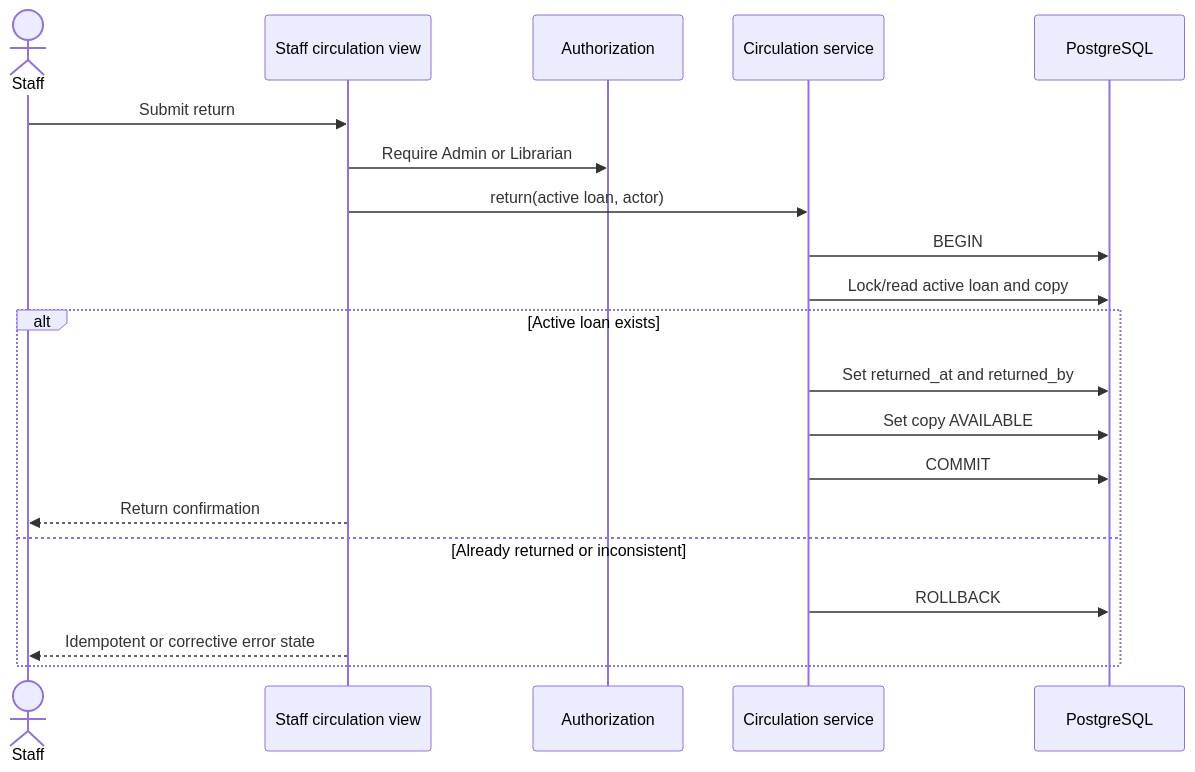
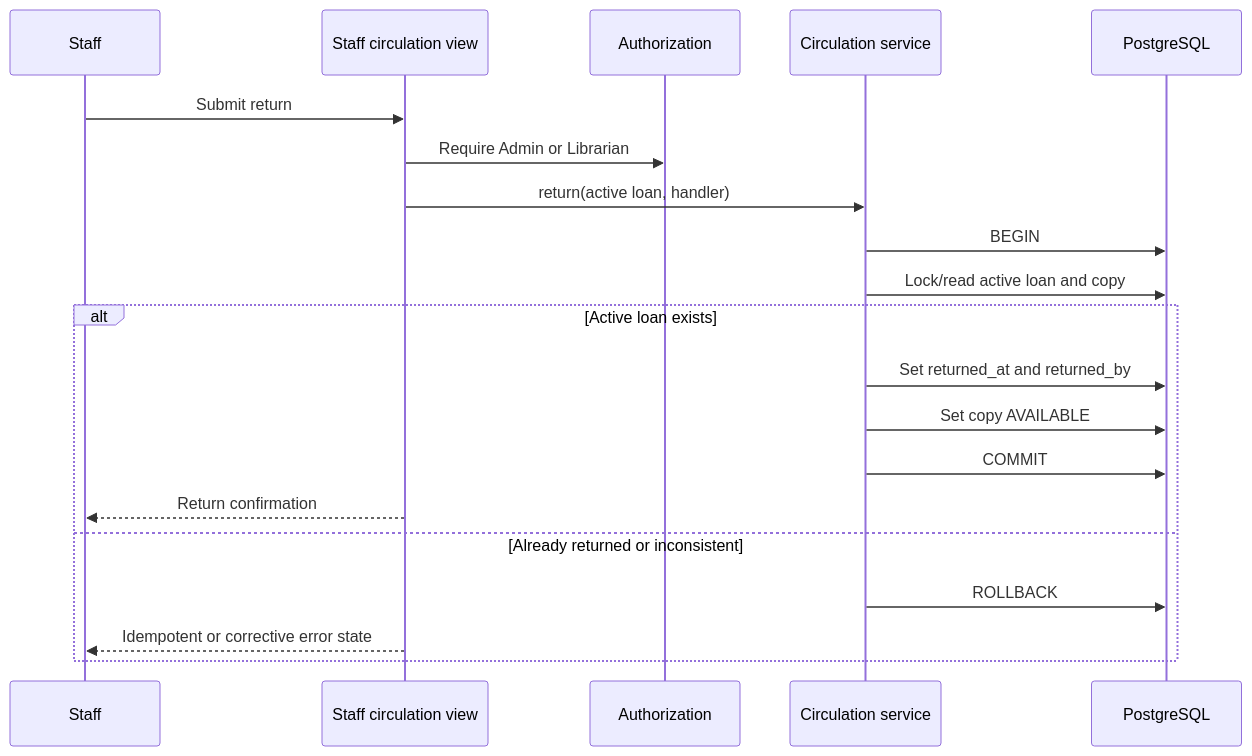
The seventh of 14 diagrams in docs/ARCHITECTURE.md (geehexx/library-ops), drawn with Mermaid before and after one commit. The commit also changed other lines of this file and 3 other files, not shown here.

````diff
--- a/docs/ARCHITECTURE.md
+++ b/docs/ARCHITECTURE.md
@@ -515,23 +515,23 @@
 ```mermaid
 sequenceDiagram
-    actor Staff
+    participant Staff
     participant View as Staff circulation view
     participant Auth as Authorization
     participant Service as Circulation service
     participant DB as PostgreSQL
 
     Staff->>View: Submit return
     View->>Auth: Require Admin or Librarian
-    View->>Service: return(active loan, actor)
+    View->>Service: return(active loan, handler)
     Service->>DB: BEGIN
     Service->>DB: Lock/read active loan and copy
     alt Active loan exists
         Service->>DB: Set returned_at and returned_by
         Service->>DB: Set copy AVAILABLE
         Service->>DB: COMMIT
         View-->>Staff: Return confirmation
     else Already returned or inconsistent
         Service->>DB: ROLLBACK
         View-->>Staff: Idempotent or corrective error state
     end
 ```
````
